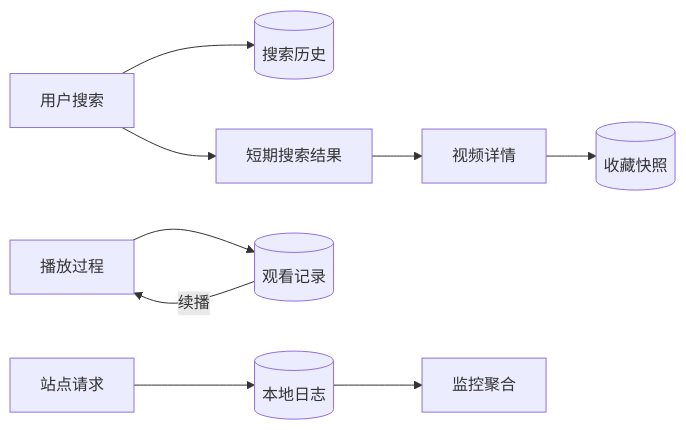
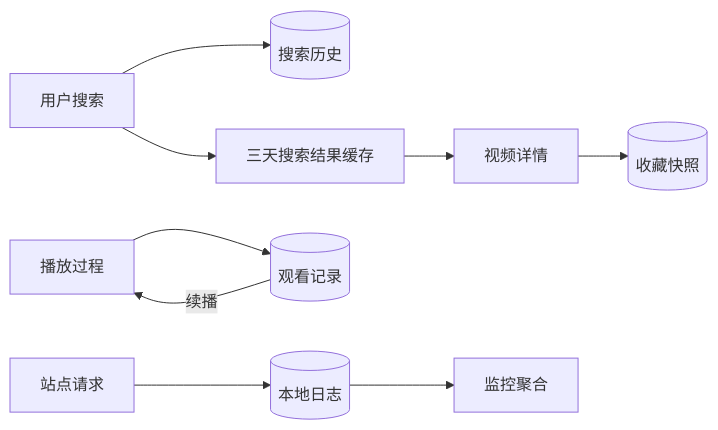
Before and after one commit to ddll8023/LocalVideoSearch: the fourth of 4 diagrams in doc/模块说明文档.md, drawn with Mermaid. The commit also changed other lines of this file and 24 other files, not shown here.

````diff
--- a/doc/模块说明文档.md
+++ b/doc/模块说明文档.md
@@ -387,11 +387,11 @@
 ```mermaid
 flowchart LR
     Action[用户搜索] --> History[(搜索历史)]
-    Action --> Cache[短期搜索结果]
+    Action --> Cache[三天搜索结果缓存]
     Cache --> Detail[视频详情]
     Detail --> Favorite[(收藏快照)]
     Playback[播放过程] --> Record[(观看记录)]
     Request[站点请求] --> Logs[(本地日志)]
     Logs --> Monitor[监控聚合]
     Record -->|续播| Playback
 ```
````
